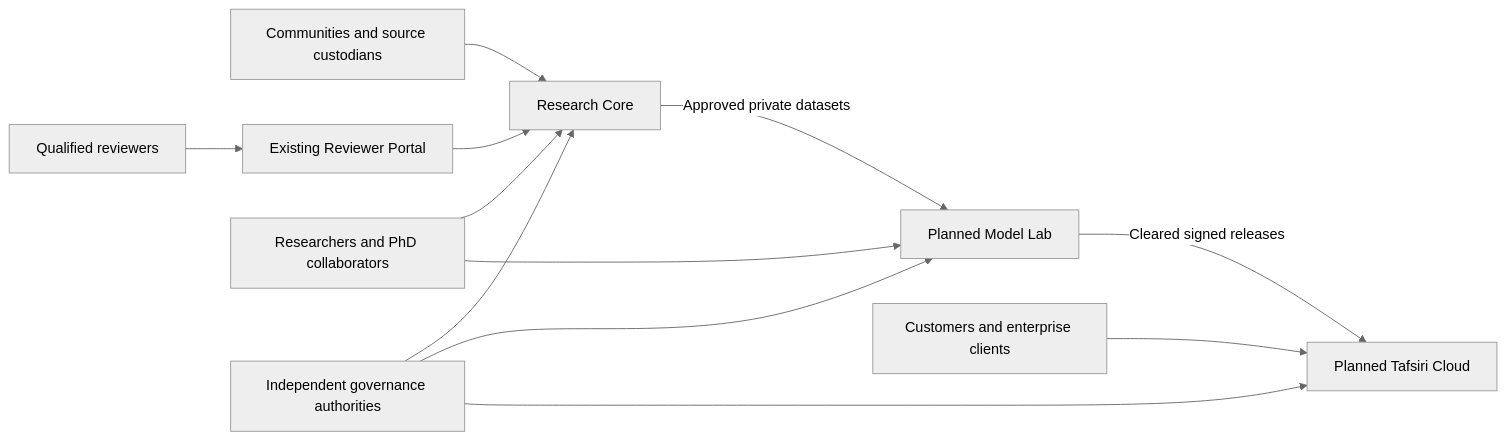
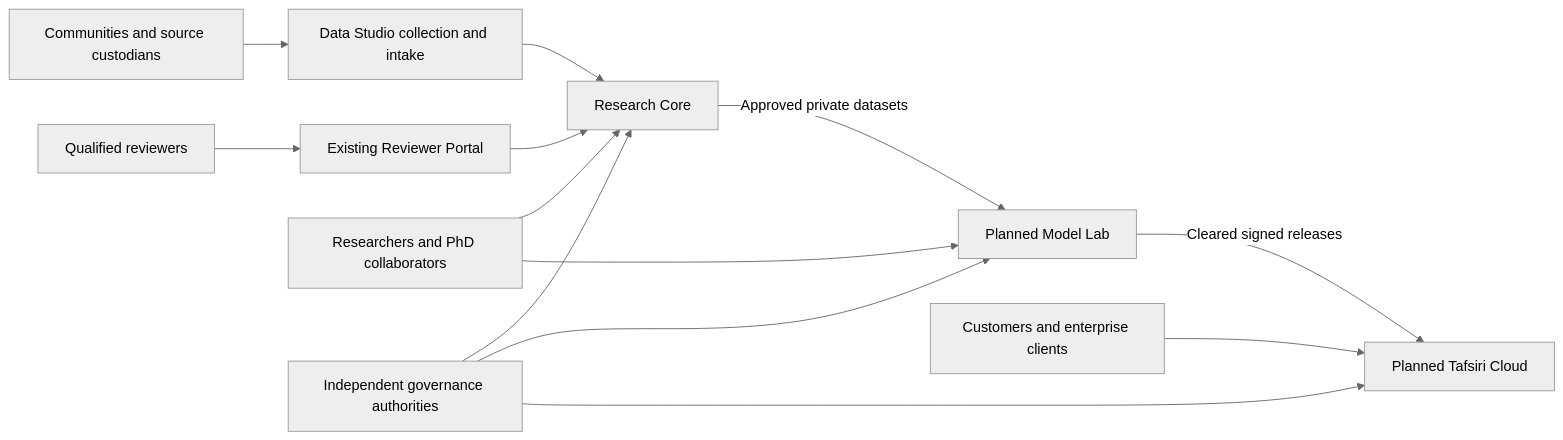
Before and after one commit to Global-Data-Science-Institute/project-tafsiri: the first of 4 diagrams in docs/architecture/tafsiri-platform-reference-architecture-001.md, drawn with Mermaid (neutral theme). The commit also changed other lines of this file and 8 other files, not shown here.

Commit message:
docs: add Data Studio collection and AI assistance architecture

````diff
--- a/docs/architecture/tafsiri-platform-reference-architecture-001.md
+++ b/docs/architecture/tafsiri-platform-reference-architecture-001.md
@@ -23,14 +23,15 @@
 ```mermaid
 flowchart LR
-  C[Communities and source custodians] --> R[Research Core]
+  C[Communities and source custodians] --> DS[Data Studio collection and intake]
+  DS --> R[Research Core]
   V[Qualified reviewers] --> P[Existing Reviewer Portal]
   P --> R
   A[Researchers and PhD collaborators] --> R
   A --> L[Planned Model Lab]
   R -->|Approved private datasets| L
   L -->|Cleared signed releases| T[Planned Tafsiri Cloud]
   U[Customers and enterprise clients] --> T
   G[Independent governance authorities] --> R
   G --> L
   G --> T
 ```
````
